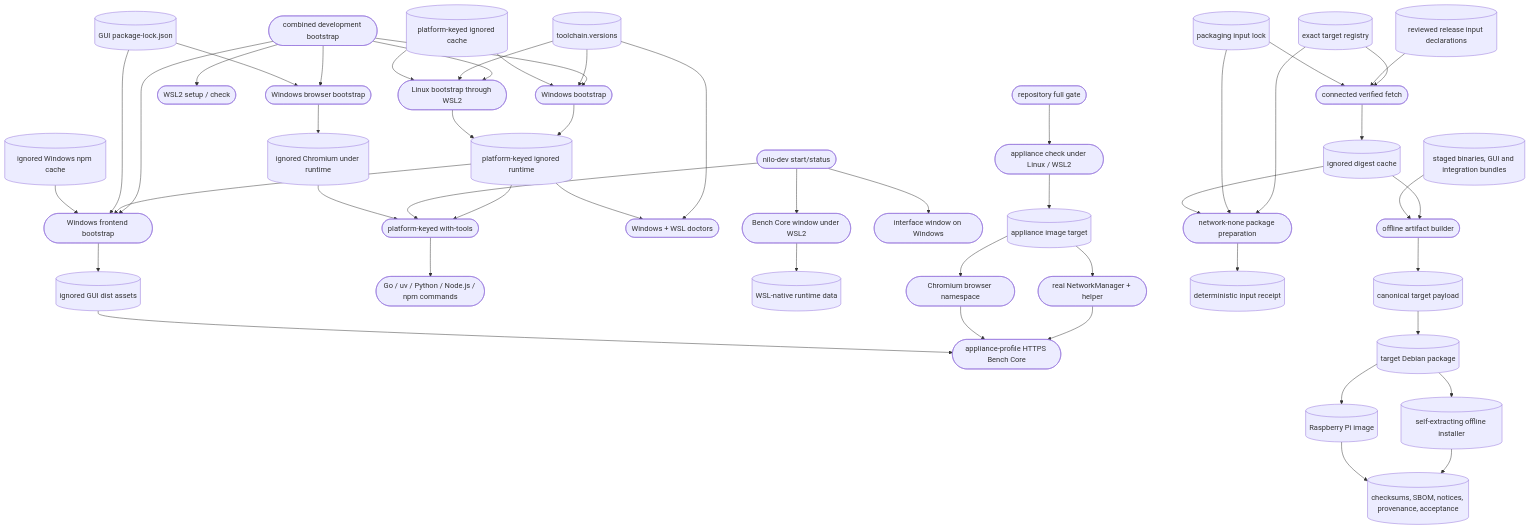
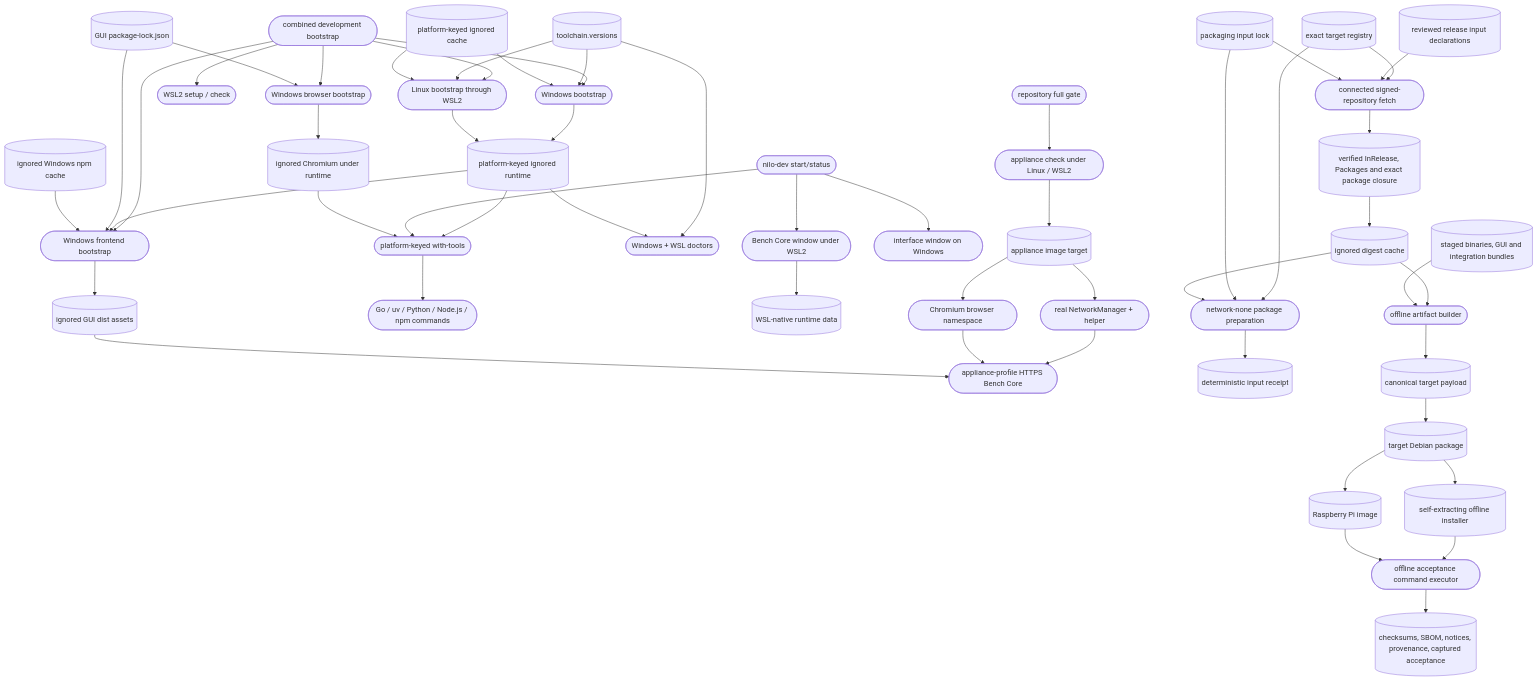
Before and after one commit to DDP-Engineering/2026_Networked_Intelligent_Lab_Orchestrator: the diagram in .agentic/knowledge/repository-toolchain.md, drawn with Mermaid. The commit also changed other lines of this file and 78 other files, not shown here.

First line of the commit message:
feat(packaging): add offline release and appliance lifecycle workflows

````diff
--- a/.agentic/knowledge/repository-toolchain.md
+++ b/.agentic/knowledge/repository-toolchain.md
@@ -360,14 +400,16 @@
     static_assets --> appliance_core
     packaging_targets[("exact target registry")]
     packaging_lock[("packaging input lock")]
-    connected_fetch(["connected verified fetch"])
+    connected_fetch(["connected signed-repository fetch"])
+    apt_index[("verified InRelease, Packages and exact package closure")]
     packaging_cache[("ignored digest cache")]
     package_action(["network-none package preparation"])
     preparation_receipt[("deterministic input receipt")]
     packaging_targets --> connected_fetch
     declarations[("reviewed release input declarations")] --> connected_fetch
     packaging_lock --> connected_fetch
-    connected_fetch --> packaging_cache
+    connected_fetch --> apt_index
+    apt_index --> packaging_cache
     packaging_targets --> package_action
     packaging_lock --> package_action
     packaging_cache --> package_action
@@ -378,13 +420,15 @@
     deb[("target Debian package")]
     installer[("self-extracting offline installer")]
     pi_image[("Raspberry Pi image")]
-    release_evidence[("checksums, SBOM, notices, provenance, acceptance")]
+    acceptance_runner(["offline acceptance command executor"])
+    release_evidence[("checksums, SBOM, notices, provenance, captured acceptance")]
     packaging_cache --> artifact_builder
     staged_product --> artifact_builder
     artifact_builder --> payload
     payload --> deb
     deb --> installer
     deb --> pi_image
-    installer --> release_evidence
-    pi_image --> release_evidence
+    installer --> acceptance_runner
+    pi_image --> acceptance_runner
+    acceptance_runner --> release_evidence
 ```
````
